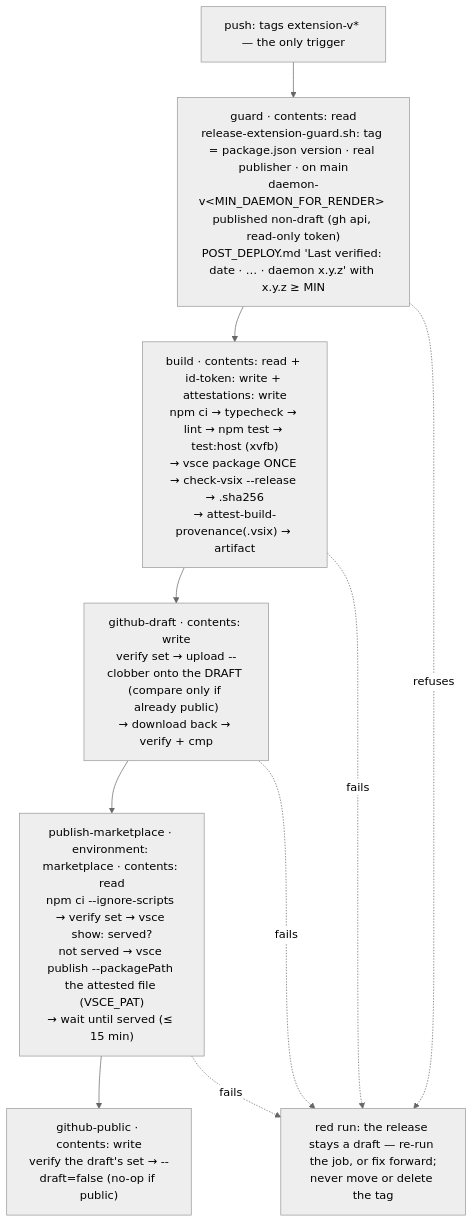
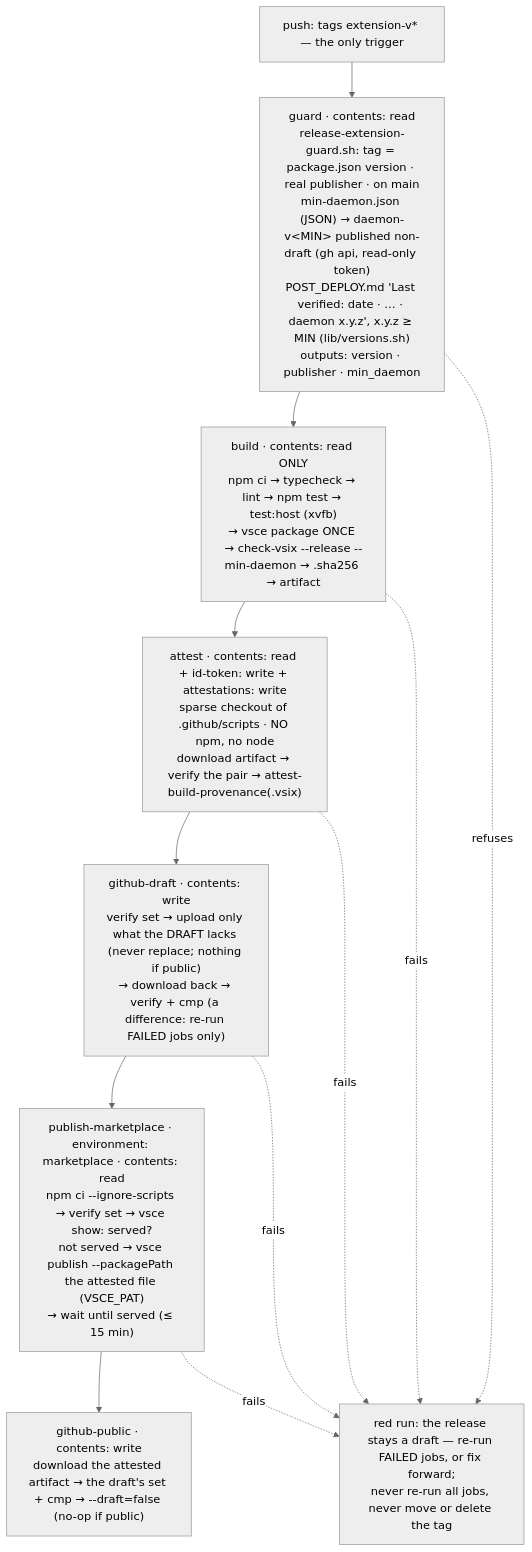
Before and after one commit to oleksandrdubyna88/wsl_care: diagram 21 of 25 in research/architecture.md, drawn with Mermaid (neutral theme). The commit also changed other lines of this file and 7 other files, not shown here.

````diff
--- a/research/architecture.md
+++ b/research/architecture.md
@@ -1942,15 +1972,17 @@
 ```mermaid
 flowchart TD
     tag["push: tags extension-v* — the only trigger"]
-    guard["guard · contents: read<br/>release-extension-guard.sh: tag = package.json version · real publisher · on main<br/>daemon-v&lt;MIN_DAEMON_FOR_RENDER&gt; published non-draft (gh api, read-only token)<br/>POST_DEPLOY.md 'Last verified: date · … · daemon x.y.z' with x.y.z ≥ MIN"]
-    build["build · contents: read + id-token: write + attestations: write<br/>npm ci → typecheck → lint → npm test → test:host (xvfb)<br/>→ vsce package ONCE → check-vsix --release → .sha256<br/>→ attest-build-provenance(.vsix) → artifact"]
-    draft["github-draft · contents: write<br/>verify set → upload --clobber onto the DRAFT (compare only if already public)<br/>→ download back → verify + cmp"]
+    guard["guard · contents: read<br/>release-extension-guard.sh: tag = package.json version · real publisher · on main<br/>min-daemon.json (JSON) → daemon-v&lt;MIN&gt; published non-draft (gh api, read-only token)<br/>POST_DEPLOY.md 'Last verified: date · … · daemon x.y.z', x.y.z ≥ MIN (lib/versions.sh)<br/>outputs: version · publisher · min_daemon"]
+    build["build · contents: read ONLY<br/>npm ci → typecheck → lint → npm test → test:host (xvfb)<br/>→ vsce package ONCE → check-vsix --release --min-daemon → .sha256 → artifact"]
+    attest["attest · contents: read + id-token: write + attestations: write<br/>sparse checkout of .github/scripts · NO npm, no node<br/>download artifact → verify the pair → attest-build-provenance(.vsix)"]
+    draft["github-draft · contents: write<br/>verify set → upload only what the DRAFT lacks (never replace; nothing if public)<br/>→ download back → verify + cmp (a difference: re-run FAILED jobs only)"]
     mkt["publish-marketplace · environment: marketplace · contents: read<br/>npm ci --ignore-scripts → verify set → vsce show: served?<br/>not served → vsce publish --packagePath the attested file (VSCE_PAT)<br/>→ wait until served (≤ 15 min)"]
-    pub["github-public · contents: write<br/>verify the draft's set → --draft=false (no-op if public)"]
-    stop["red run: the release stays a draft — re-run the job, or fix forward;<br/>never move or delete the tag"]
-    tag --> guard --> build --> draft --> mkt --> pub
+    pub["github-public · contents: write<br/>download the attested artifact → the draft's set + cmp → --draft=false (no-op if public)"]
+    stop["red run: the release stays a draft — re-run FAILED jobs, or fix forward;<br/>never re-run all jobs, never move or delete the tag"]
+    tag --> guard --> build --> attest --> draft --> mkt --> pub
     guard -. refuses .-> stop
     build -. fails .-> stop
+    attest -. fails .-> stop
     draft -. fails .-> stop
     mkt -. fails .-> stop
 ```
````
